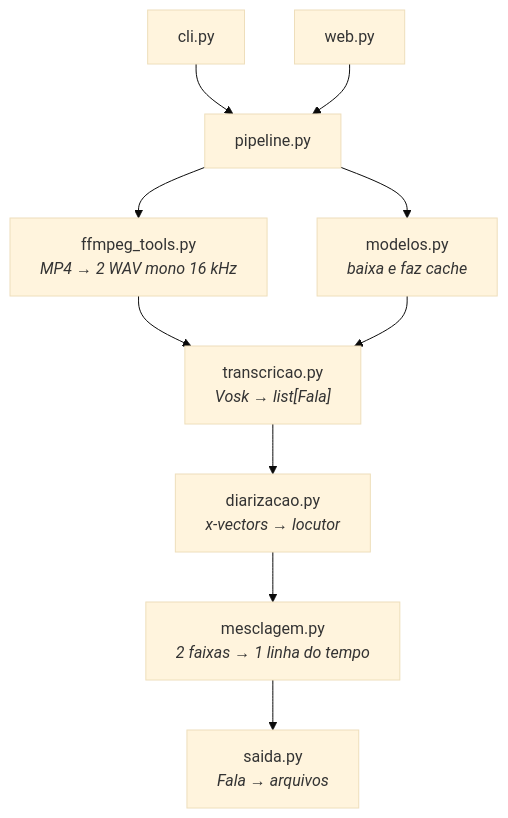
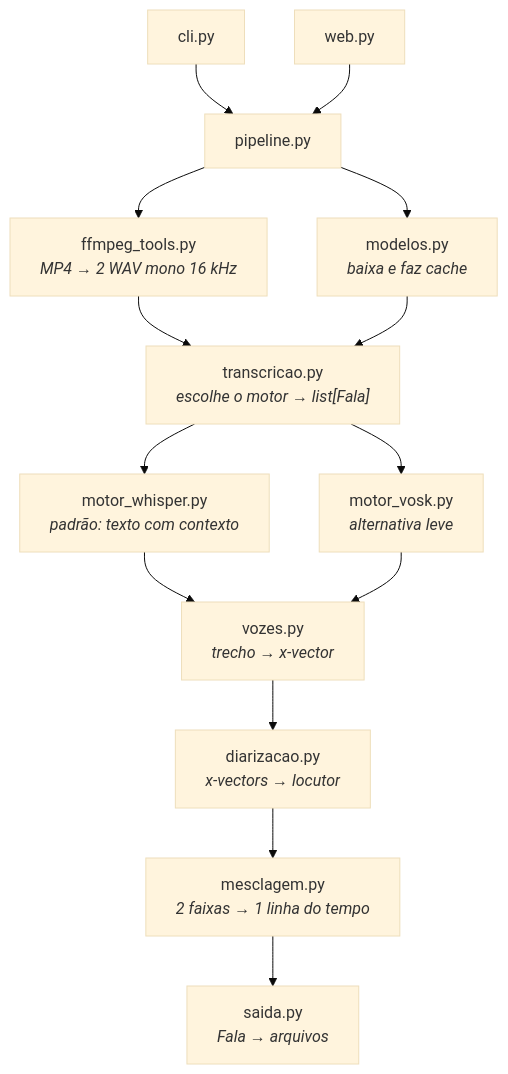
The diagram in docs/arquitetura.md (Vinicius-Nassif/transcribefy), drawn with Mermaid (base theme) before and after one commit. The commit also changed other lines of this file and 3 other files, not shown here.

````diff
--- a/docs/arquitetura.md
+++ b/docs/arquitetura.md
@@ -20,12 +34,16 @@
 ```mermaid
 flowchart TD
   CLI["cli.py"] --> P["pipeline.py"]
   WEB["web.py"] --> P
   P --> FF["ffmpeg_tools.py<br/><i>MP4 → 2 WAV mono 16 kHz</i>"]
   P --> MO["modelos.py<br/><i>baixa e faz cache</i>"]
-  FF --> TR["transcricao.py<br/><i>Vosk → list[Fala]</i>"]
+  FF --> TR["transcricao.py<br/><i>escolhe o motor → list[Fala]</i>"]
   MO --> TR
-  TR --> DI["diarizacao.py<br/><i>x-vectors → locutor</i>"]
+  TR --> MW["motor_whisper.py<br/><i>padrão: texto com contexto</i>"]
+  TR --> MV["motor_vosk.py<br/><i>alternativa leve</i>"]
+  MW --> VZ["vozes.py<br/><i>trecho → x-vector</i>"]
+  MV --> VZ
+  VZ --> DI["diarizacao.py<br/><i>x-vectors → locutor</i>"]
   DI --> ME["mesclagem.py<br/><i>2 faixas → 1 linha do tempo</i>"]
   ME --> SA["saida.py<br/><i>Fala → arquivos</i>"]
 ```
````
